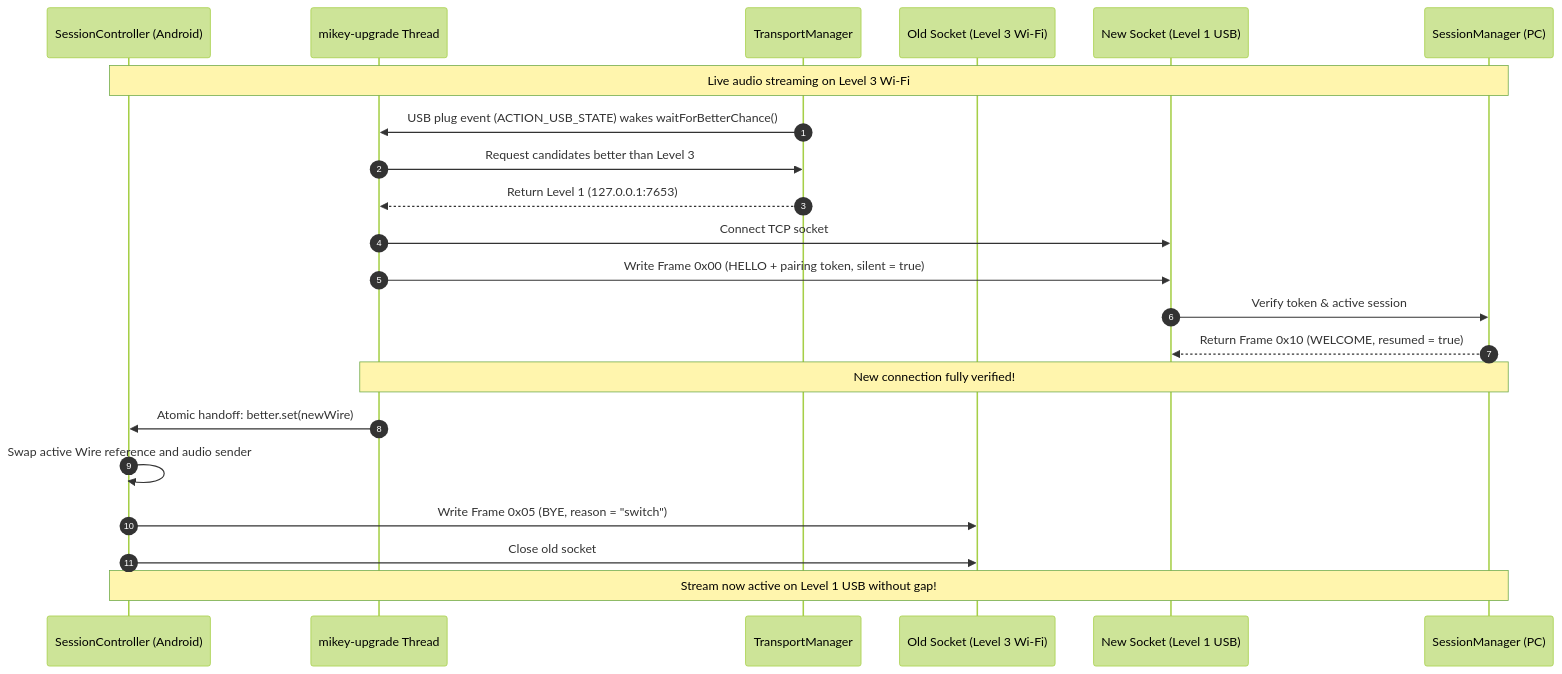
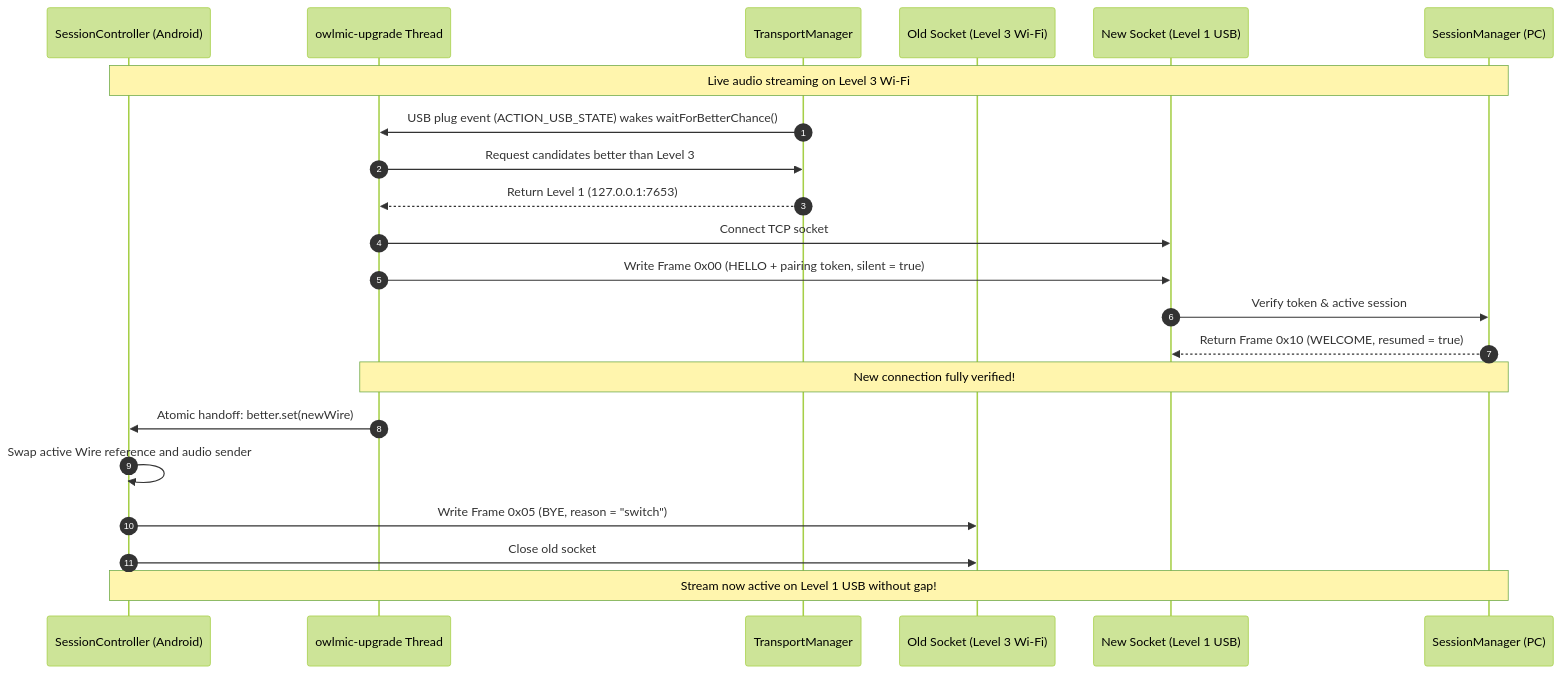
One commit to diveshpatil9104/mikey changed the diagram in docs/TRANSPORTS_AND_NETWORKING.md. Above: the diagram before and after it, drawn with Mermaid (forest theme). The commit also changed other lines of this file and 57 other files, not shown here.

````diff
--- a/docs/TRANSPORTS_AND_NETWORKING.md
+++ b/docs/TRANSPORTS_AND_NETWORKING.md
@@ -71,25 +72,25 @@
 ```mermaid
 sequenceDiagram
     autonumber
     participant App as SessionController (Android)
-    participant Upgrader as mikey-upgrade Thread
+    participant Upgrader as owlmic-upgrade Thread
     participant TM as TransportManager
     participant OldWire as Old Socket (Level 3 Wi-Fi)
     participant NewWire as New Socket (Level 1 USB)
     participant PC as SessionManager (PC)
 
     Note over App,PC: Live audio streaming on Level 3 Wi-Fi
     TM->>Upgrader: USB plug event (ACTION_USB_STATE) wakes waitForBetterChance()
     Upgrader->>TM: Request candidates better than Level 3
     TM-->>Upgrader: Return Level 1 (127.0.0.1:7653)
     Upgrader->>NewWire: Connect TCP socket
     Upgrader->>NewWire: Write Frame 0x00 (HELLO + pairing token, silent = true)
     NewWire->>PC: Verify token & active session
     PC-->>NewWire: Return Frame 0x10 (WELCOME, resumed = true)
     Note over Upgrader,PC: New connection fully verified!
     Upgrader->>App: Atomic handoff: better.set(newWire)
     App->>App: Swap active Wire reference and audio sender
     App->>OldWire: Write Frame 0x05 (BYE, reason = "switch")
     App->>OldWire: Close old socket
     Note over App,PC: Stream now active on Level 1 USB without gap!
 ```
````
